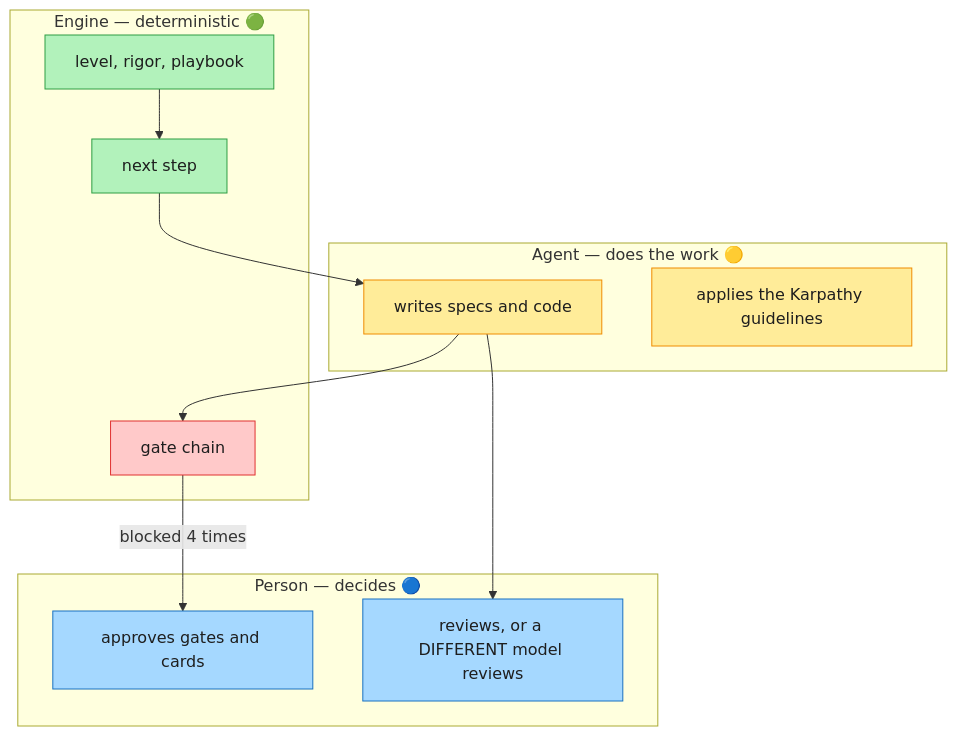
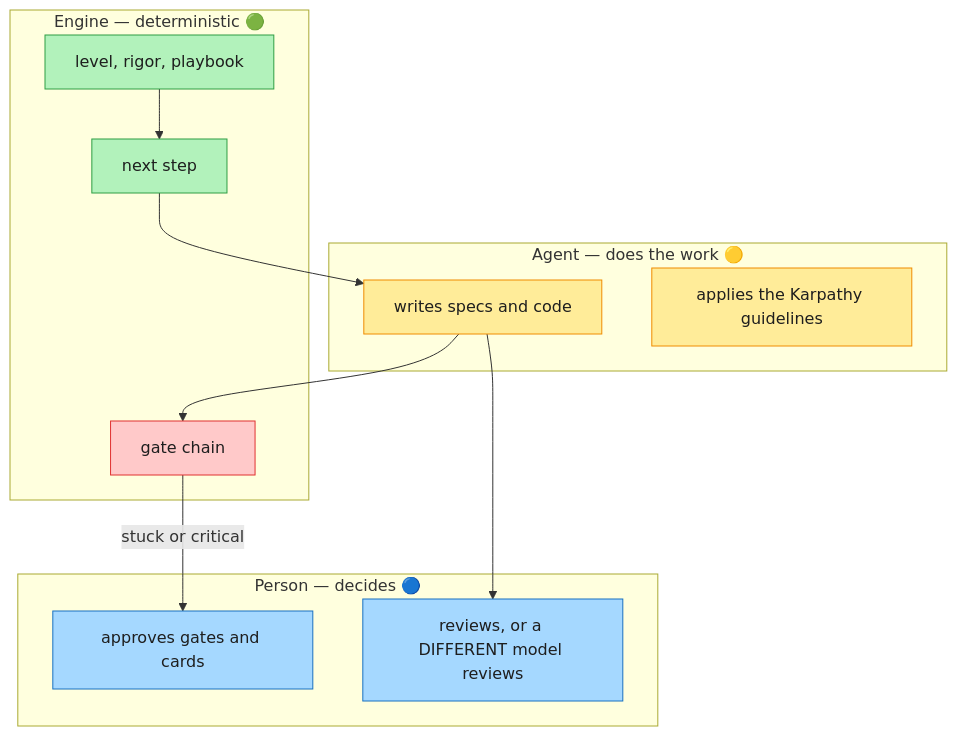
One commit to Brujo2020/OpenSDD changed the second of 12 diagrams in README.md. Above: the diagram before and after it, drawn with Mermaid. The commit also changed other lines of this file and 58 other files, not shown here.

````diff
--- a/README.md
+++ b/README.md
@@ -44,23 +46,23 @@
 ```mermaid
 flowchart TB
   subgraph Engine["Engine — deterministic 🟢"]
     E1["level, rigor, playbook"]:::auto
     E2["next step"]:::auto
     E3["gate chain"]:::block
   end
   subgraph Agent["Agent — does the work 🟡"]
     A1["writes specs and code"]:::advisory
     A2["applies the Karpathy guidelines"]:::advisory
   end
   subgraph Person["Person — decides 🔵"]
     P1["approves gates and cards"]:::human
     P2["reviews, or a DIFFERENT model reviews"]:::human
   end
   E1 --> E2 --> A1 --> E3
-  E3 -- blocked 4 times --> P1
+  E3 -- "stuck or critical" --> P1
   A1 --> P2
   classDef auto fill:#b2f2bb,stroke:#2f9e44,color:#1e1e1e
   classDef advisory fill:#ffec99,stroke:#f08c00,color:#1e1e1e
   classDef block fill:#ffc9c9,stroke:#e03131,color:#1e1e1e
   classDef human fill:#a5d8ff,stroke:#1971c2,color:#1e1e1e
 ```
````
